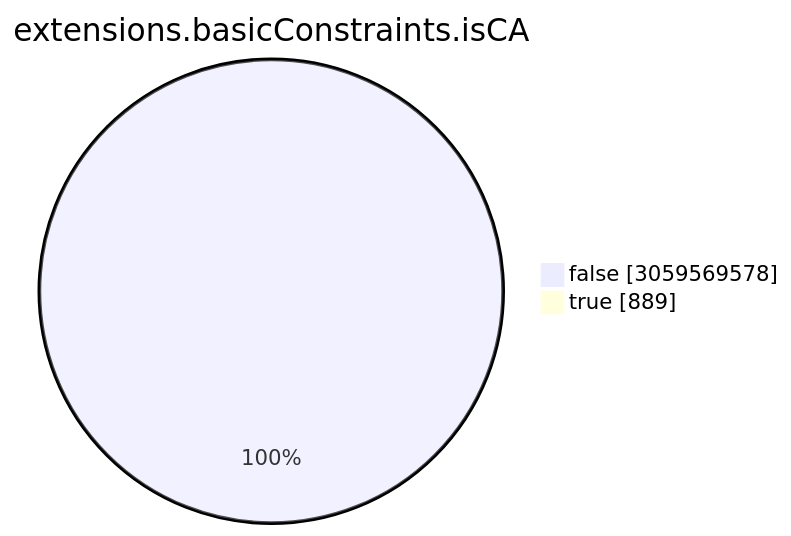
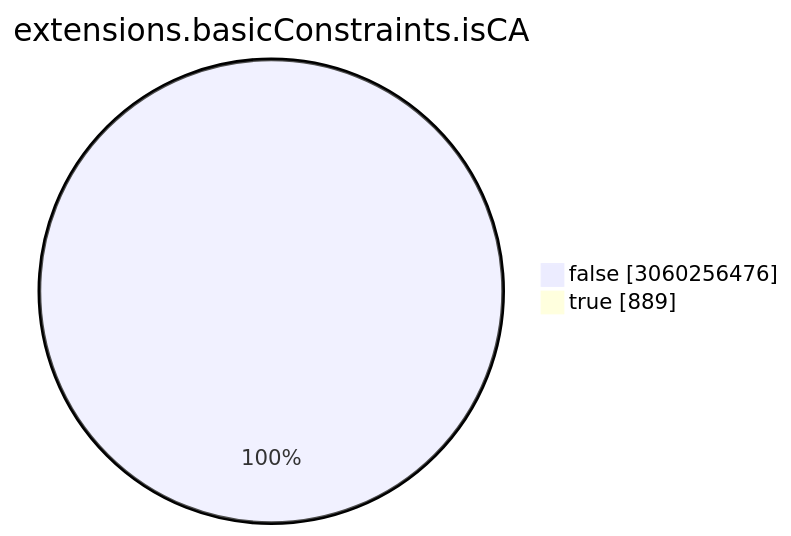
One commit to christiankrug/ctmonitor_visualization changed the seventh of 15 diagrams in TOTAL/README.md. Above: the diagram before and after it, drawn with Mermaid. The commit also changed other lines of this file, not shown here.

````diff
--- a/TOTAL/README.md
+++ b/TOTAL/README.md
@@ -3086,6 +3086,6 @@
 ```mermaid
 pie showData
 title extensions.basicConstraints.isCA
-"false" :3059569578
+"false" :3060256476
 "true" :889
 ```
````
